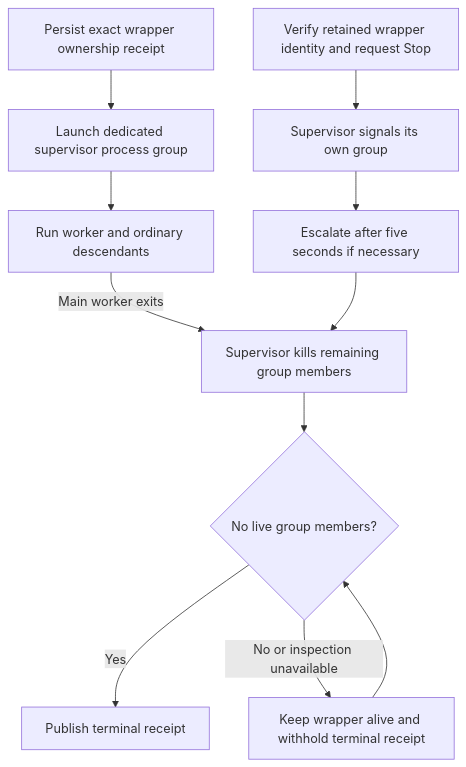
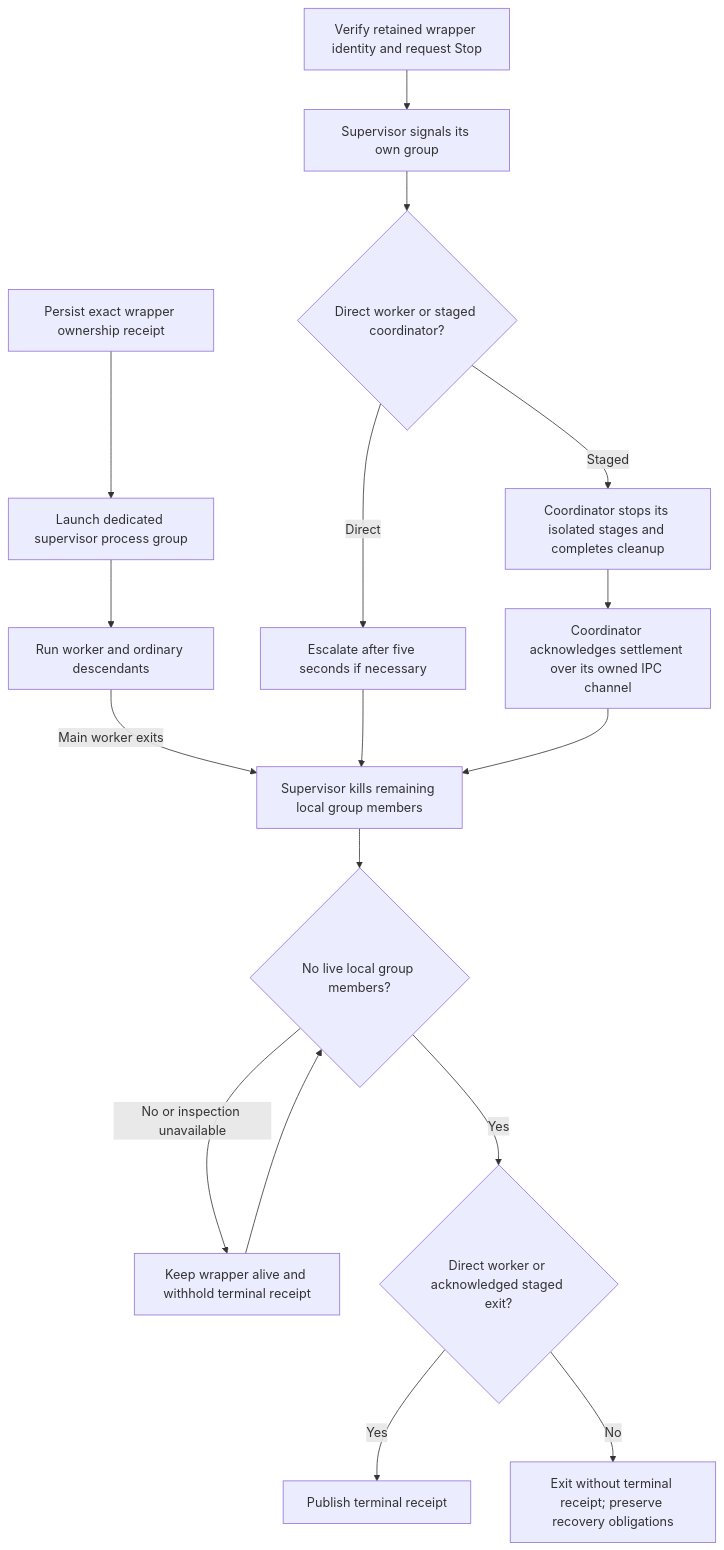
One commit to nloehlein-godaddy/helmsman changed the diagram in src/plugins/host-local/README.md. Above: the diagram before and after it, drawn with Mermaid. The commit also changed other lines of this file and 8 other files, not shown here.

Commit message:
Require explicit coordinator cleanup acknowledgement before terminal receipts

````diff
--- a/src/plugins/host-local/README.md
+++ b/src/plugins/host-local/README.md
@@ -9,13 +9,19 @@
 ```mermaid
 flowchart TD
     Receipt[Persist exact wrapper ownership receipt] --> Supervisor[Launch dedicated supervisor process group]
     Supervisor --> Worker[Run worker and ordinary descendants]
     Stop[Verify retained wrapper identity and request Stop] --> Terminate[Supervisor signals its own group]
-    Terminate --> Grace[Escalate after five seconds if necessary]
-    Worker -->|Main worker exits| Cleanup[Supervisor kills remaining group members]
+    Terminate --> Mode{Direct worker or staged coordinator?}
+    Mode -->|Direct| Grace[Escalate after five seconds if necessary]
+    Mode -->|Staged| Stages[Coordinator stops its isolated stages and completes cleanup]
+    Stages --> Ack[Coordinator acknowledges settlement over its owned IPC channel]
+    Worker -->|Main worker exits| Cleanup[Supervisor kills remaining local group members]
     Grace --> Cleanup
-    Cleanup --> Verify{No live group members?}
-    Verify -->|Yes| Exit[Publish terminal receipt]
+    Ack --> Cleanup
+    Cleanup --> Verify{No live local group members?}
     Verify -->|No or inspection unavailable| Wait[Keep wrapper alive and withhold terminal receipt]
     Wait --> Verify
+    Verify -->|Yes| Evidence{Direct worker or acknowledged staged exit?}
+    Evidence -->|Yes| Exit[Publish terminal receipt]
+    Evidence -->|No| Unknown[Exit without terminal receipt; preserve recovery obligations]
 ```
````
